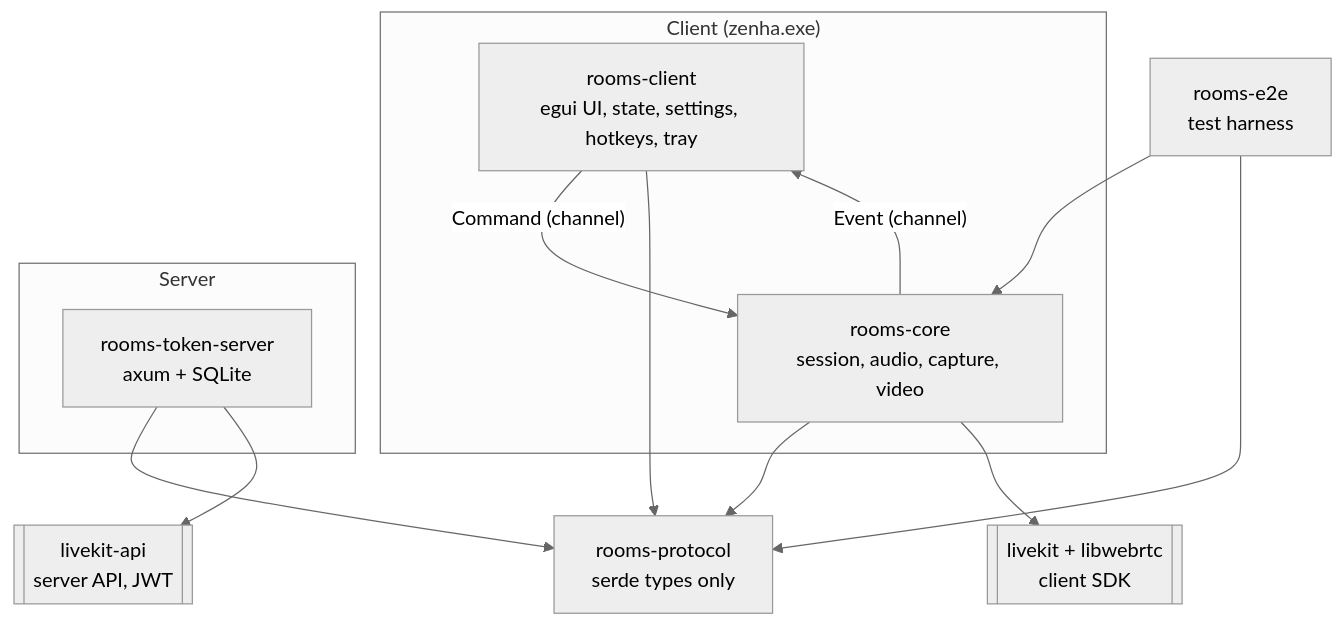
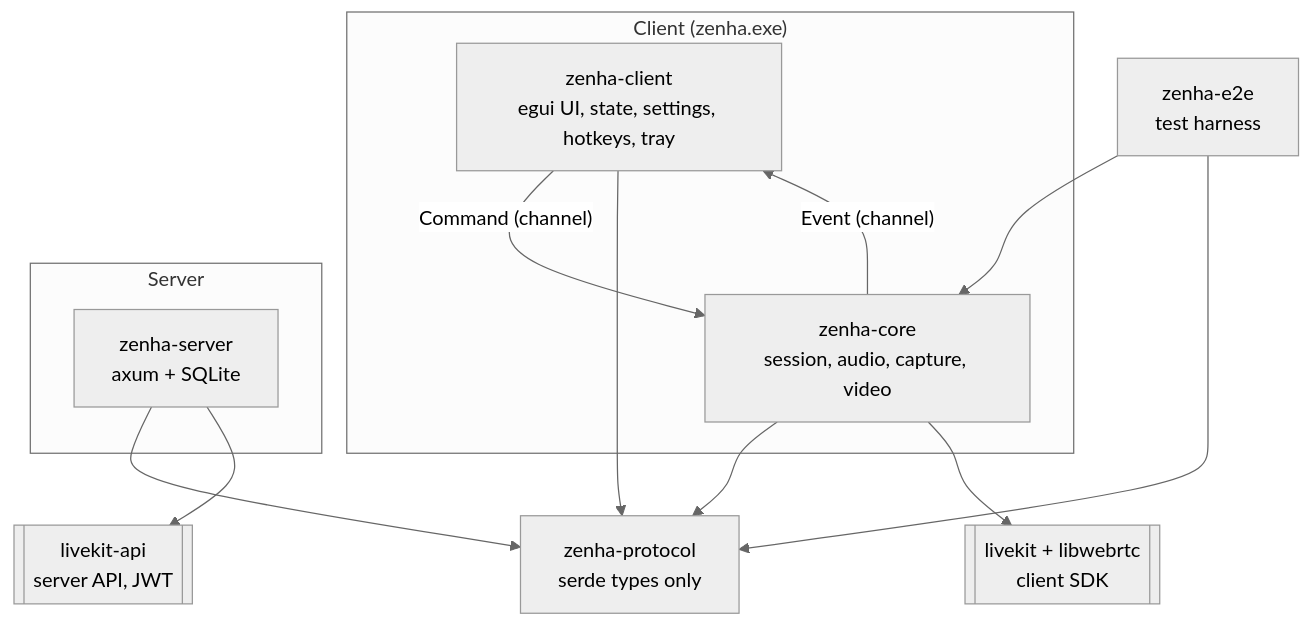
The first of 2 diagrams in docs/architecture.md (Pedroklg/zenha), drawn with Mermaid (neutral theme) before and after one commit. The commit also changed other lines of this file and 263 other files, not shown here.

First line of the commit message:
refactor: rename the rooms crates and environment variables to zenha

````diff
--- a/docs/architecture.md
+++ b/docs/architecture.md
@@ -7,24 +7,24 @@
 ```mermaid
 flowchart TD
   subgraph PC["Client (zenha.exe)"]
-    client["rooms-client<br/>egui UI, state, settings, hotkeys, tray"]
-    core["rooms-core<br/>session, audio, capture, video"]
+    client["zenha-client<br/>egui UI, state, settings, hotkeys, tray"]
+    core["zenha-core<br/>session, audio, capture, video"]
     client -- "Command (channel)" --> core
     core -- "Event (channel)" --> client
   end
   subgraph SRV["Server"]
-    server["rooms-token-server<br/>axum + SQLite"]
+    server["zenha-server<br/>axum + SQLite"]
   end
-  proto["rooms-protocol<br/>serde types only"]
-  e2e["rooms-e2e<br/>test harness"]
+  proto["zenha-protocol<br/>serde types only"]
+  e2e["zenha-e2e<br/>test harness"]
   sdk[["livekit + libwebrtc<br/>client SDK"]]
   api[["livekit-api<br/>server API, JWT"]]
 
   client --> proto
   core --> proto
   server --> proto
   e2e --> core
   e2e --> proto
   core --> sdk
   server --> api
 ```
````
